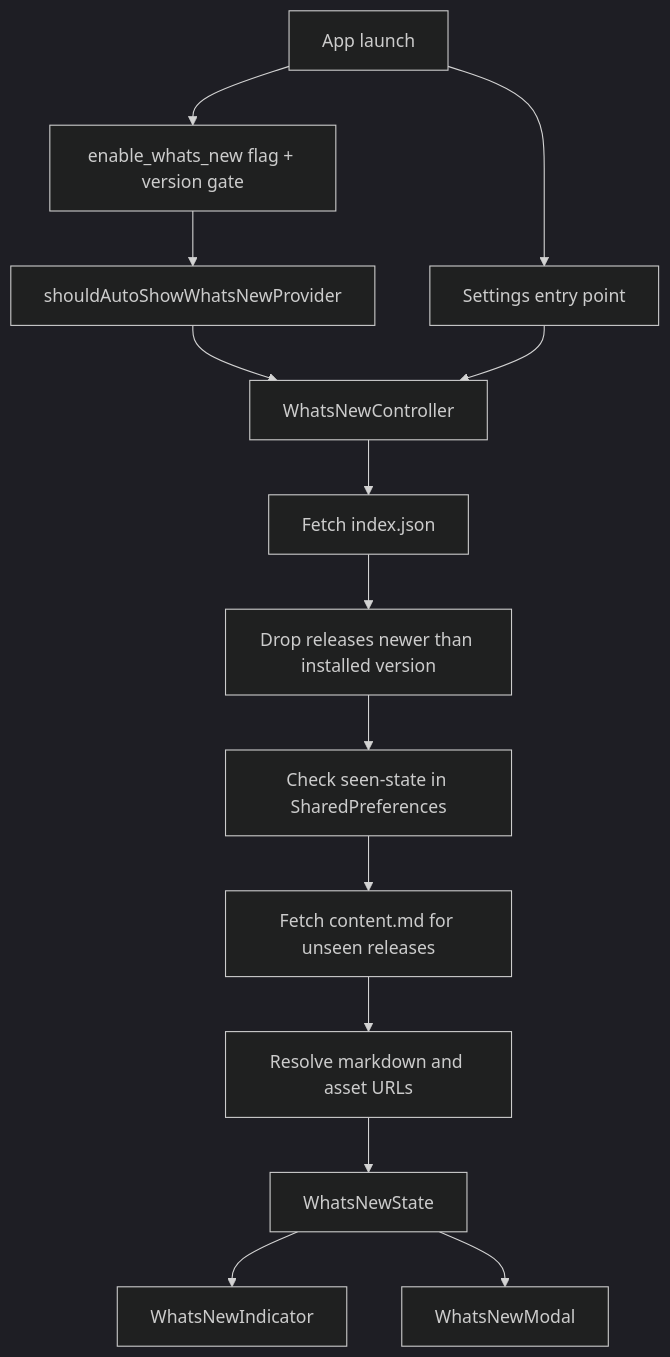
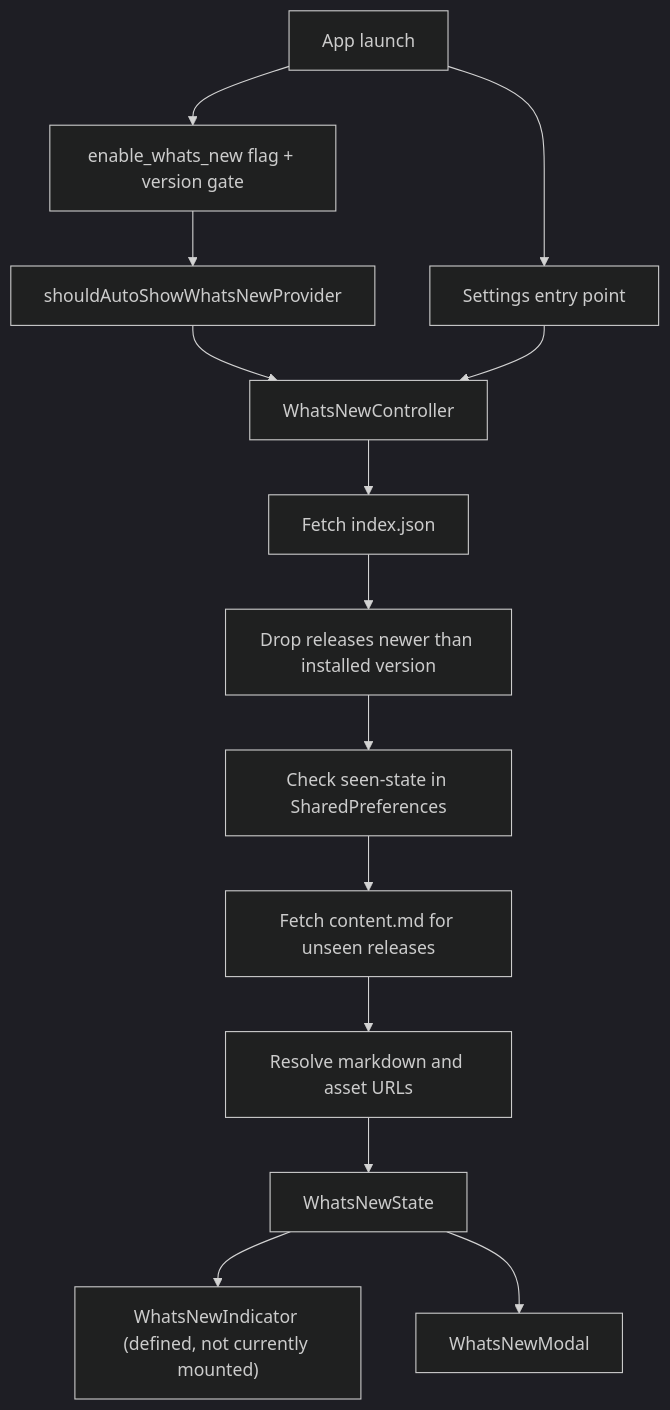
The first of 2 diagrams in lib/features/whats_new/README.md (matthiasn/lotti), drawn with Mermaid (dark theme) before and after one commit. The commit also changed other lines of this file, not shown here.

First line of the commit message:
docs(whats_new): correct Settings entry point and unwired indicator

````diff
--- a/lib/features/whats_new/README.md
+++ b/lib/features/whats_new/README.md
@@ -16,16 +16,16 @@
 ```mermaid
 flowchart TD
   Launch["App launch"] --> Gate["enable_whats_new flag + version gate"]
   Gate --> AutoShow["shouldAutoShowWhatsNewProvider"]
   Launch --> Manual["Settings entry point"]
   AutoShow --> Controller["WhatsNewController"]
   Manual --> Controller
   Controller --> Index["Fetch index.json"]
   Index --> Filter["Drop releases newer than installed version"]
   Filter --> Seen["Check seen-state in SharedPreferences"]
   Seen --> Content["Fetch content.md for unseen releases"]
   Content --> Parser["Resolve markdown and asset URLs"]
   Parser --> State["WhatsNewState"]
-  State --> Indicator["WhatsNewIndicator"]
+  State --> Indicator["WhatsNewIndicator (defined, not currently mounted)"]
   State --> Modal["WhatsNewModal"]
 ```
````
